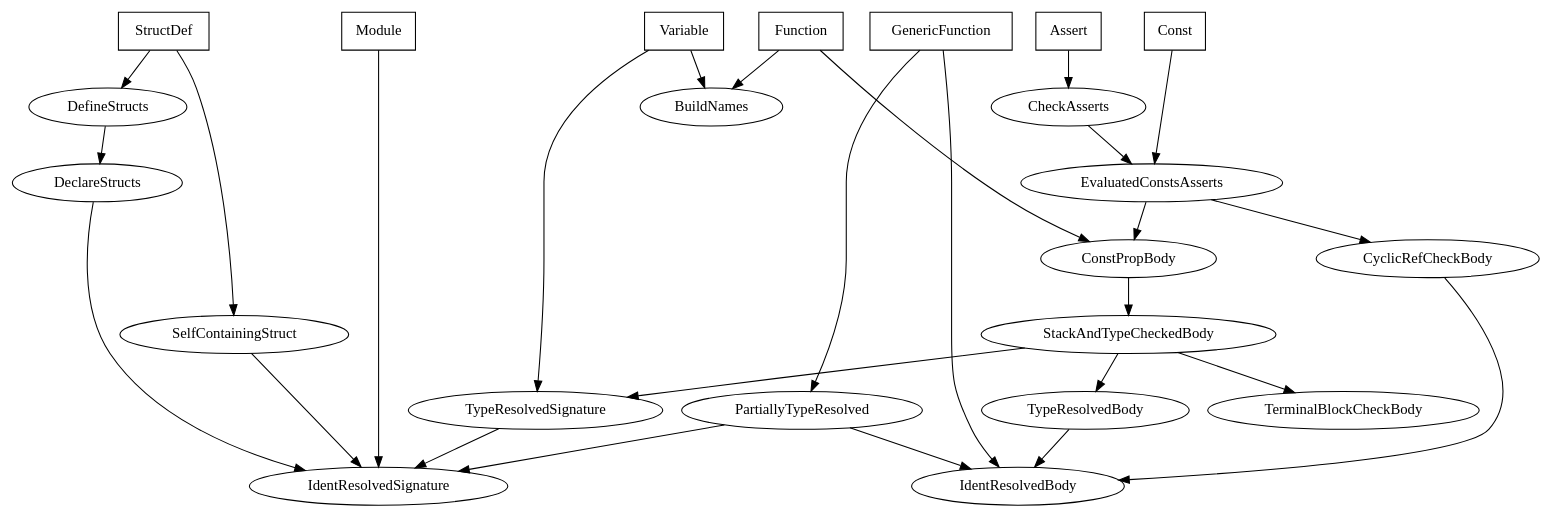
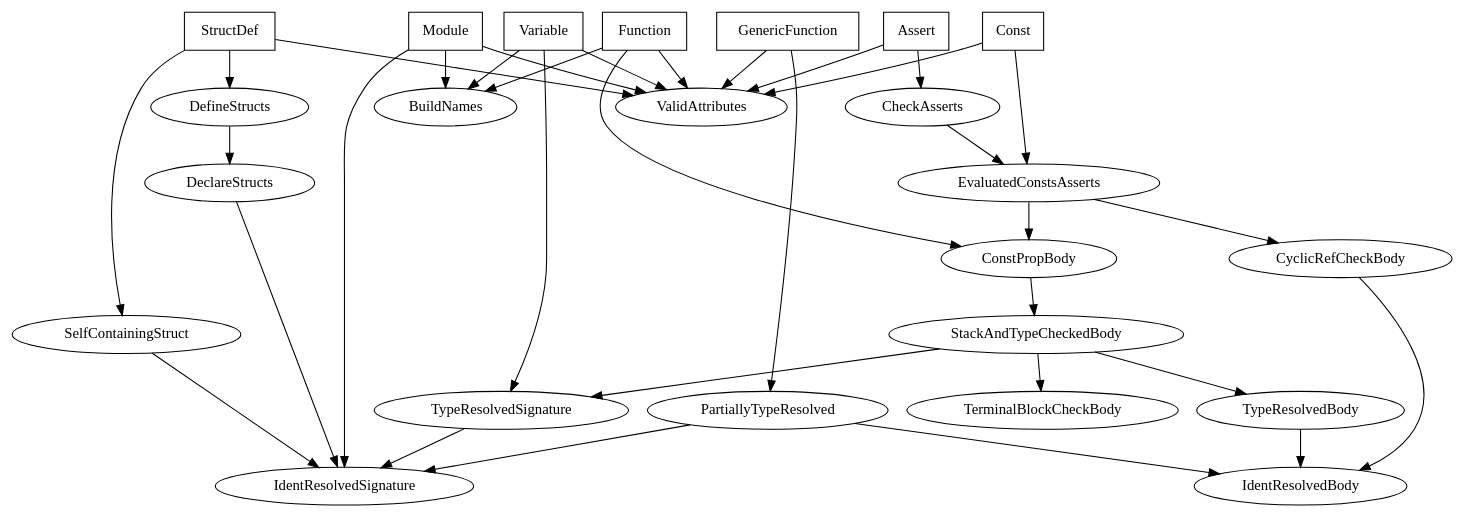
Before and after one commit to Measter/MFL: the diagram in pass_dep_graph.dot, drawn with Graphviz. The commit also changed 1 other file, not shown here.

Commit message:
Update dependency graph files dot files.

```diff
--- a/pass_dep_graph.dot
+++ b/pass_dep_graph.dot
@@ -1,69 +1,77 @@
 strict digraph {
     subgraph passes {
         label = "Passes";
 
         BuildNames,
         CheckAsserts,
         ConstPropBody,
         CyclicRefCheckBody,
 
         DeclareStructs,
         DefineStructs,
         EvaluatedConstsAsserts,
         IdentResolvedBody,
 
         IdentResolvedSignature,
         PartiallyTypeResolved,
         SelfContainingStruct,
         StackAndTypeCheckedBody,
 
         TerminalBlockCheckBody,
         TypeResolvedBody,
-        TypeResolvedSignature
+        TypeResolvedSignature,
+        ValidAttributes
     }
 
     subgraph items {
         rank = same;
         node [shape = "box"]
         label = "Items";
 
         Module;
         StructDef;
         Variable;
         GenericFunction;
         Assert;
         Const;
         Function;
     }
 
     CheckAsserts -> EvaluatedConstsAsserts;
     ConstPropBody -> StackAndTypeCheckedBody;
     CyclicRefCheckBody -> IdentResolvedBody;
 
     DeclareStructs -> IdentResolvedSignature;
     DefineStructs -> DeclareStructs;
     EvaluatedConstsAsserts -> CyclicRefCheckBody;
     EvaluatedConstsAsserts -> ConstPropBody;
 
     PartiallyTypeResolved -> IdentResolvedBody;
     PartiallyTypeResolved -> IdentResolvedSignature;
     SelfContainingStruct -> IdentResolvedSignature;
     StackAndTypeCheckedBody -> TypeResolvedSignature;
     StackAndTypeCheckedBody -> TypeResolvedBody;
     StackAndTypeCheckedBody -> TerminalBlockCheckBody;
 
     TypeResolvedBody -> IdentResolvedBody;
     TypeResolvedSignature -> IdentResolvedSignature;
 
+    Module -> BuildNames;
+    Module -> ValidAttributes;
     Module -> IdentResolvedSignature;
+    StructDef -> ValidAttributes;
+    StructDef -> SelfContainingStruct;
     StructDef -> DefineStructs;
-    StructDef -> SelfContainingStruct;
     Variable -> BuildNames;
+    Variable -> ValidAttributes;
     Variable -> TypeResolvedSignature;
-    GenericFunction -> IdentResolvedBody;
+    GenericFunction -> ValidAttributes;
     GenericFunction -> PartiallyTypeResolved;
+    Assert -> ValidAttributes;
     Assert -> CheckAsserts;
+    Const -> ValidAttributes;
     Const -> EvaluatedConstsAsserts;
     Function -> BuildNames;
+    Function -> ValidAttributes;
     Function -> ConstPropBody;
 }
```
